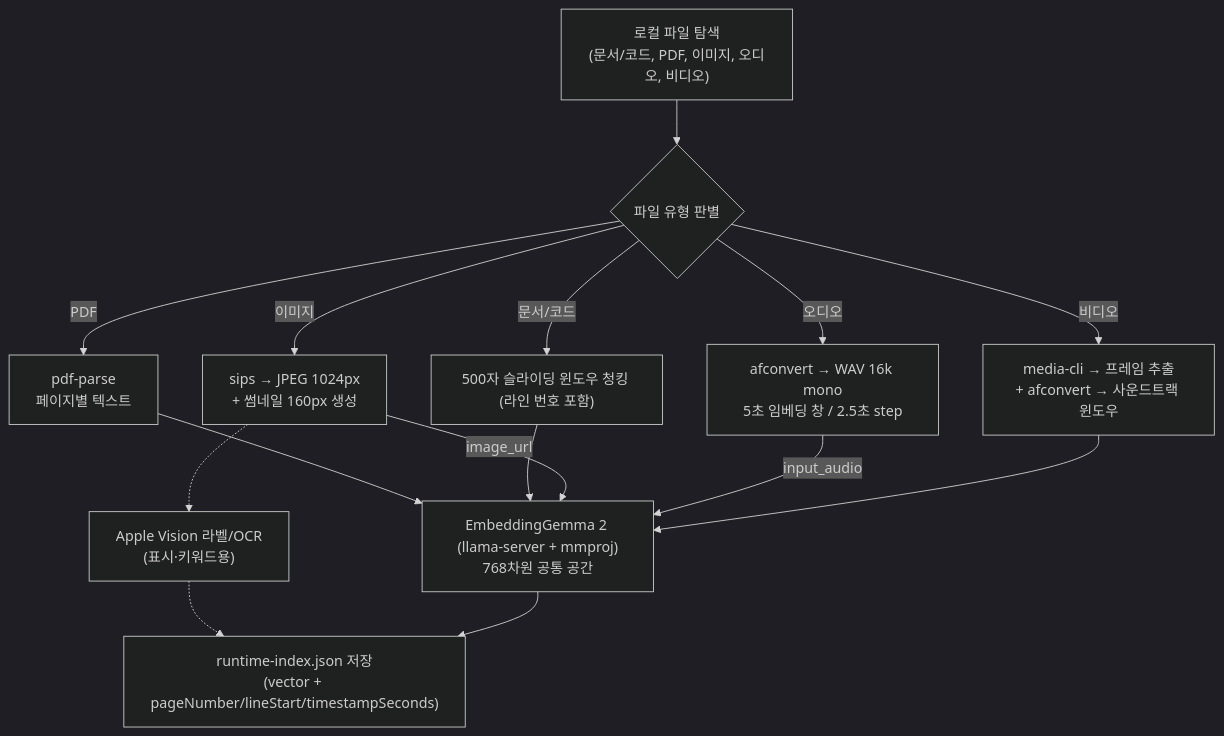
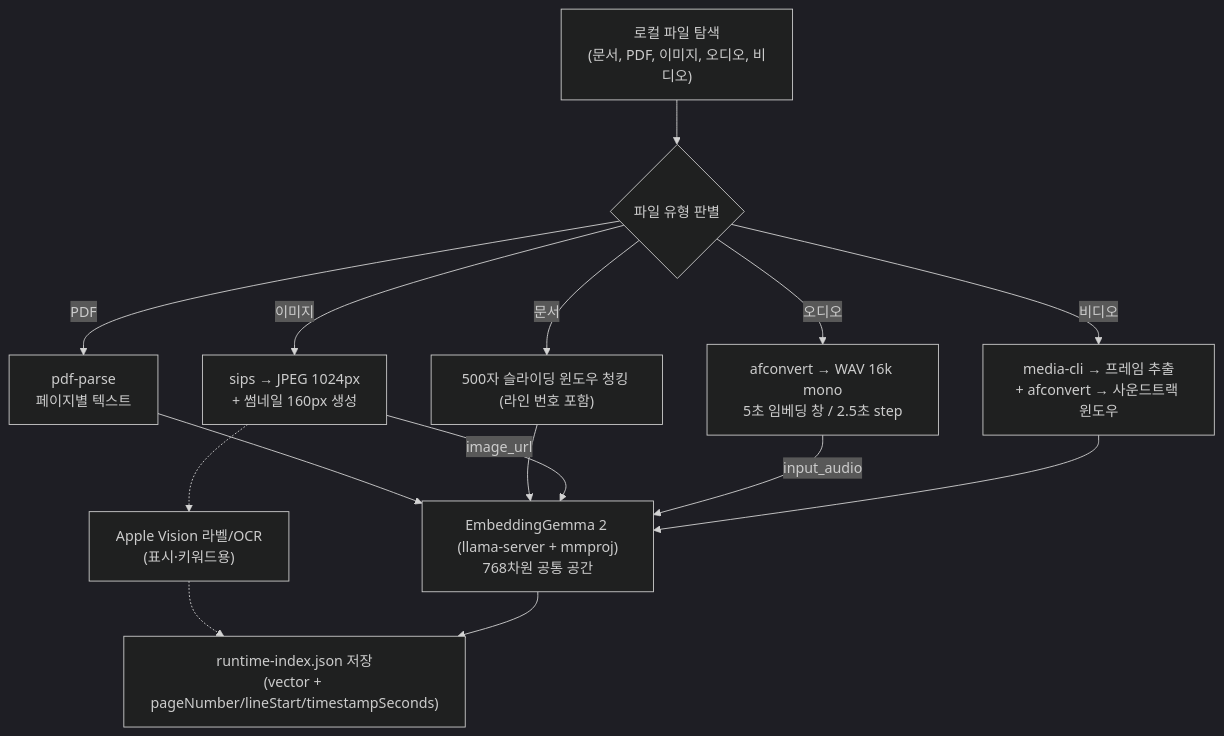
Before and after one commit to team-croni/Nookive: the diagram in docs/indexer-pipeline.md, drawn with Mermaid (dark theme). The commit also changed other lines of this file and 7 other files, not shown here.

````diff
--- a/docs/indexer-pipeline.md
+++ b/docs/indexer-pipeline.md
@@ -78,20 +93,20 @@
 ```mermaid
 flowchart TD
-    A["로컬 파일 탐색<br/>(문서/코드, PDF, 이미지, 오디오, 비디오)"] --> B{"파일 유형 판별"}
+    A["로컬 파일 탐색<br/>(문서, PDF, 이미지, 오디오, 비디오)"] --> B{"파일 유형 판별"}
 
     B -->|"PDF"| C["pdf-parse<br/>페이지별 텍스트"]
-    B -->|"문서/코드"| E["500자 슬라이딩 윈도우 청킹 (라인 번호 포함)"]
+    B -->|"문서"| E["500자 슬라이딩 윈도우 청킹 (라인 번호 포함)"]
     B -->|"이미지"| D1["sips → JPEG 1024px<br/>+ 썸네일 160px 생성"]
     B -->|"오디오"| D2["afconvert → WAV 16k mono<br/>5초 임베딩 창 / 2.5초 step"]
     B -->|"비디오"| D3["media-cli → 프레임 추출<br/>+ afconvert → 사운드트랙 윈도우"]
 
     C --> G
     E --> G
     D1 -->|"image_url"| G["EmbeddingGemma 2 (llama-server + mmproj)<br/>768차원 공통 공간"]
     D2 -->|"input_audio"| G
     D3 --> G
 
     D1 -.-> V["Apple Vision 라벨/OCR<br/>(표시·키워드용)"]
     V -.-> H
     G --> H["runtime-index.json 저장<br/>(vector + pageNumber/lineStart/timestampSeconds)"]
 ```
````
